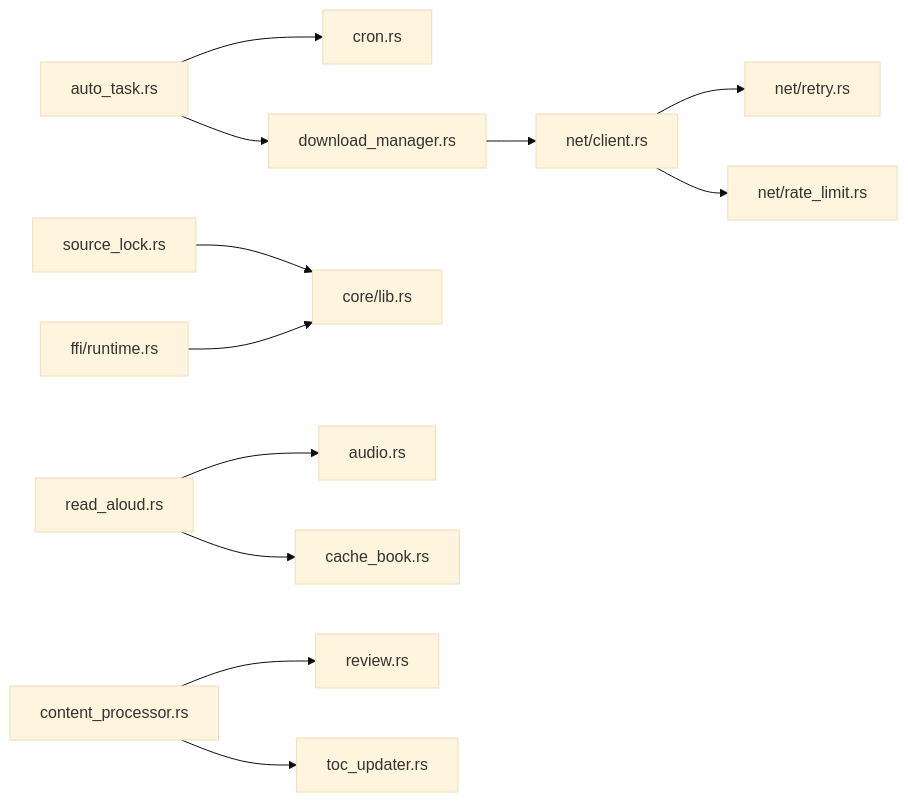
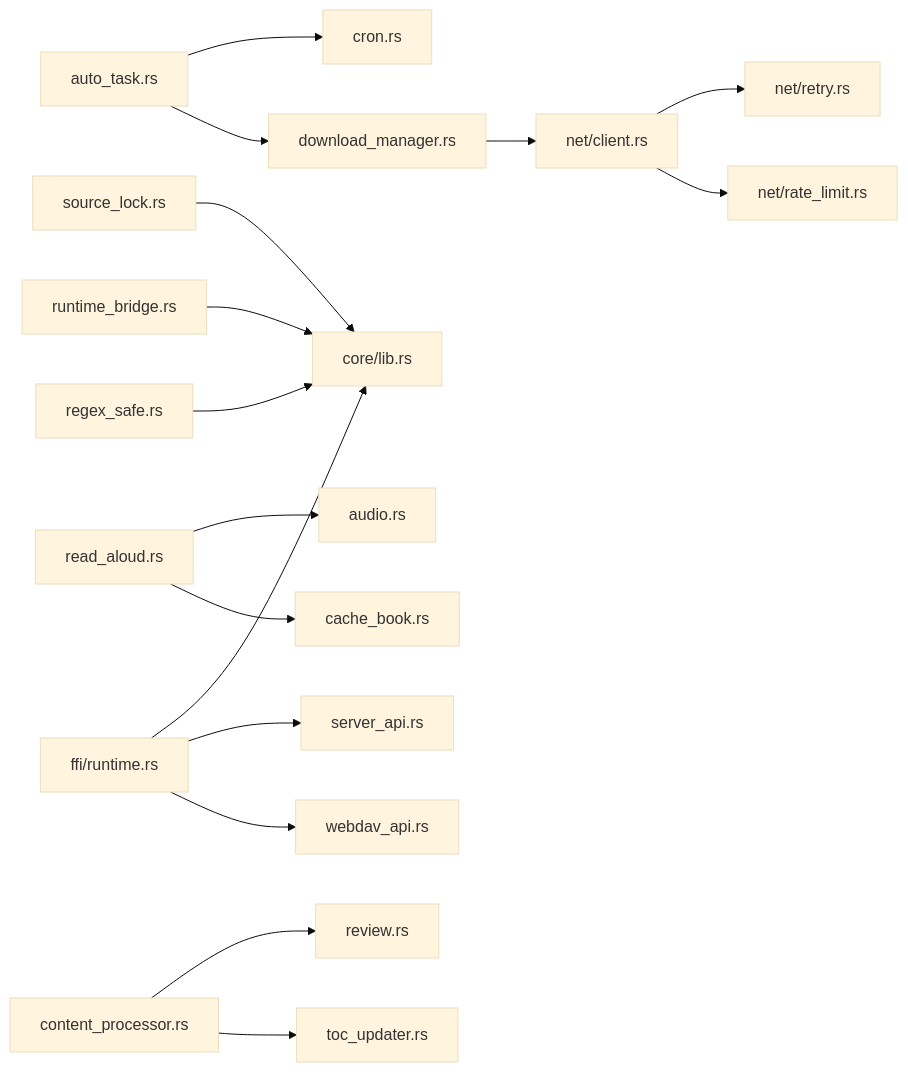
One commit to ZhangGHGitHub/LegadoTeamFlutter changed the tenth of 10 diagrams in .qoder/repowiki/zh/content/Rust核心库/异步并发.md. Above: the diagram before and after it, drawn with Mermaid (base theme). The commit also changed other lines of this file and 173 other files, not shown here.

````diff
--- a/.qoder/repowiki/zh/content/Rust核心库/异步并发.md
+++ b/.qoder/repowiki/zh/content/Rust核心库/异步并发.md
@@ -421,14 +504,18 @@
 ```mermaid
 graph LR
 AutoTask["auto_task.rs"] --> Cron["cron.rs"]
 AutoTask --> DL["download_manager.rs"]
 DL --> NetClient["net/client.rs"]
 NetClient --> Retry["net/retry.rs"]
 NetClient --> RateLimit["net/rate_limit.rs"]
 SourceLock["source_lock.rs"] --> CoreLib["core/lib.rs"]
 ReadAloud["read_aloud.rs"] --> Audio["audio.rs"]
 ReadAloud --> CacheBook["cache_book.rs"]
 ContentProc["content_processor.rs"] --> Review["review.rs"]
 ContentProc --> TocUpd["toc_updater.rs"]
 FFI["ffi/runtime.rs"] --> CoreLib
+FFI --> ServerAPI["server_api.rs"]
+FFI --> WebDavAPI["webdav_api.rs"]
+JSBridge["runtime_bridge.rs"] --> CoreLib
+RegexSafe["regex_safe.rs"] --> CoreLib
 ```
````
